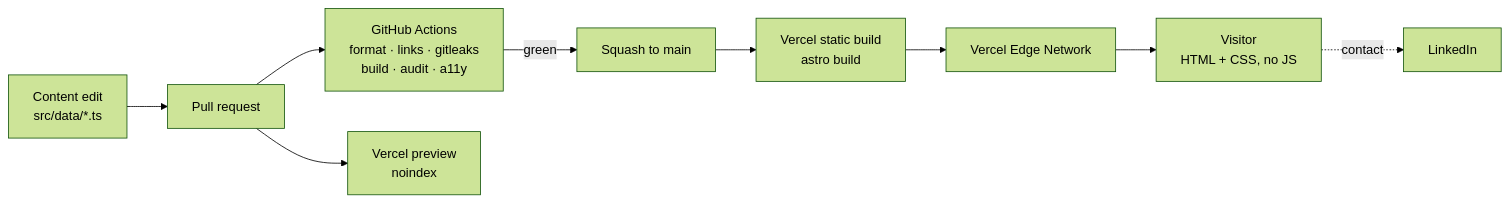
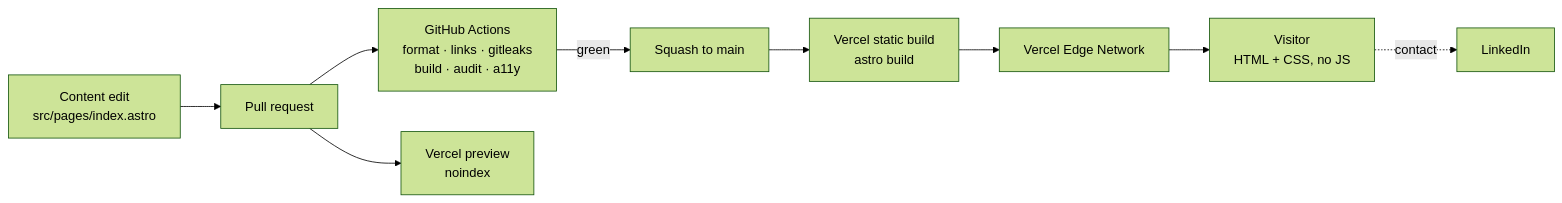
One commit to ralamode/raymondkbakerjr.com changed the diagram in docs/architecture.md. Above: the diagram before and after it, drawn with Mermaid (forest theme). The commit also changed other lines of this file and 6 other files, not shown here.

````diff
--- a/docs/architecture.md
+++ b/docs/architecture.md
@@ -8,11 +8,11 @@
 ```mermaid
 flowchart LR
-  author["Content edit<br/>src/data/*.ts"] --> pr["Pull request"]
+  author["Content edit<br/>src/pages/index.astro"] --> pr["Pull request"]
   pr --> ci["GitHub Actions<br/>format · links · gitleaks<br/>build · audit · a11y"]
   pr --> preview["Vercel preview<br/>noindex"]
   ci -->|green| merge["Squash to main"]
   merge --> build["Vercel static build<br/>astro build"]
   build --> edge["Vercel Edge Network"]
   edge --> visitor["Visitor<br/>HTML + CSS, no JS"]
   visitor -.->|contact| linkedin["LinkedIn"]
 ```
````
